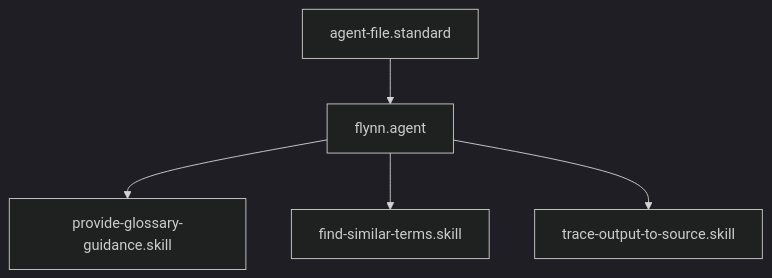
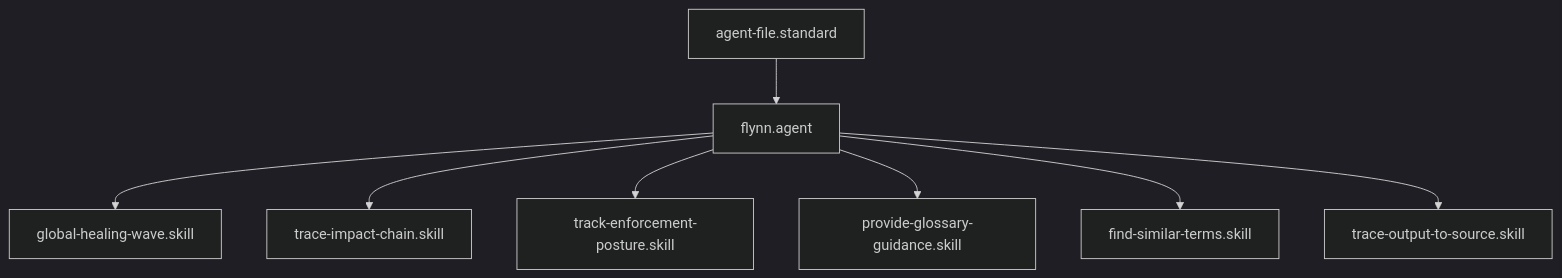
Before and after one commit to Gizmo4Life/ai-kernel: the diagram in agents/flynn.agent.md, drawn with Mermaid (dark theme). The commit also changed other lines of this file and 4 other files, not shown here.

````diff
--- a/agents/flynn.agent.md
+++ b/agents/flynn.agent.md
@@ -27,7 +27,10 @@
 ```mermaid
 graph TD
     agent-file.standard --> flynn.agent
+    flynn.agent --> global-healing-wave[global-healing-wave.skill]
+    flynn.agent --> trace-impact-chain[trace-impact-chain.skill]
+    flynn.agent --> track-enforcement-posture[track-enforcement-posture.skill]
     flynn.agent --> provide-glossary-guidance[provide-glossary-guidance.skill]
     flynn.agent --> find-similar-terms[find-similar-terms.skill]
     flynn.agent --> trace-output-to-source[trace-output-to-source.skill]
 ```
````
